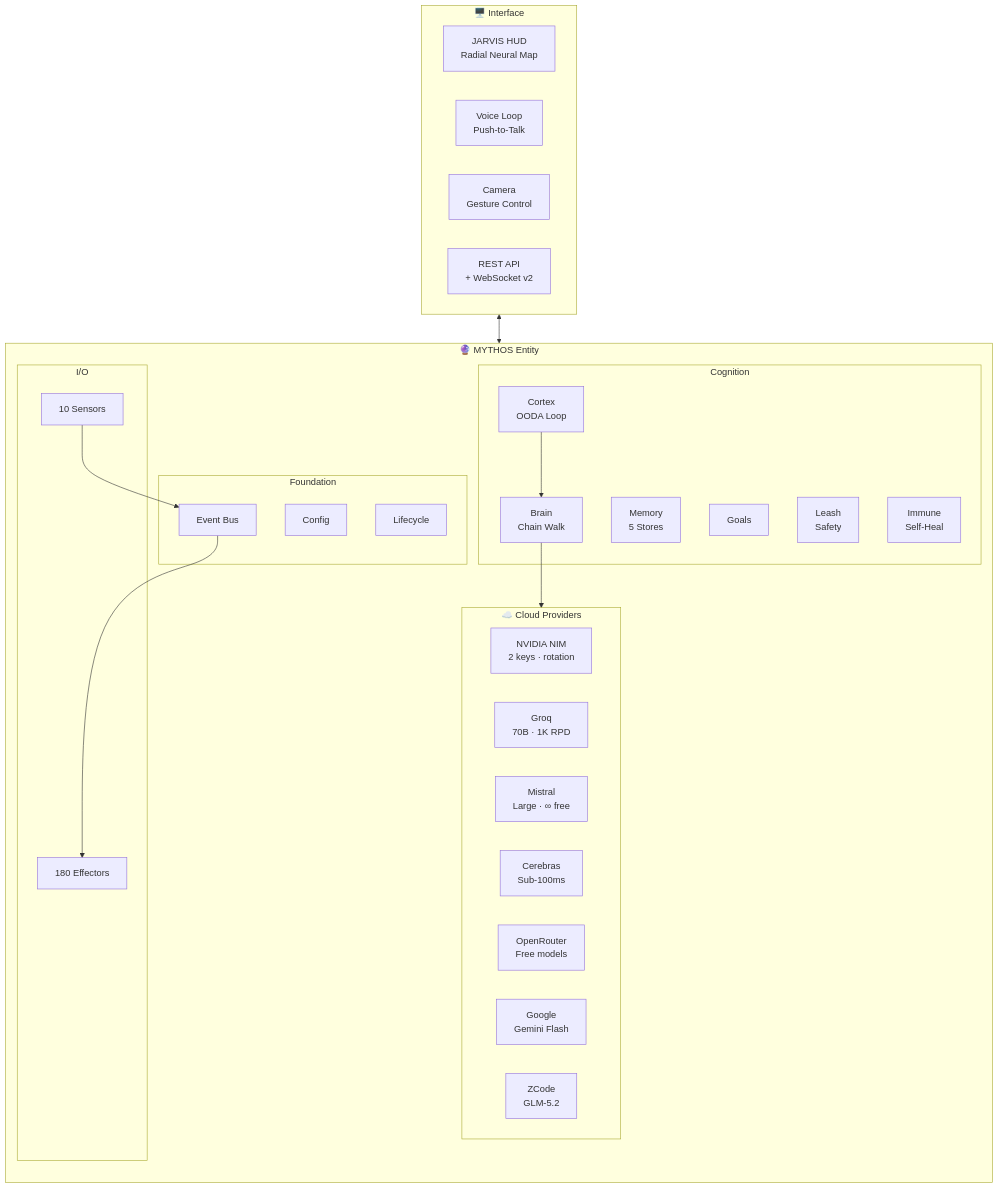
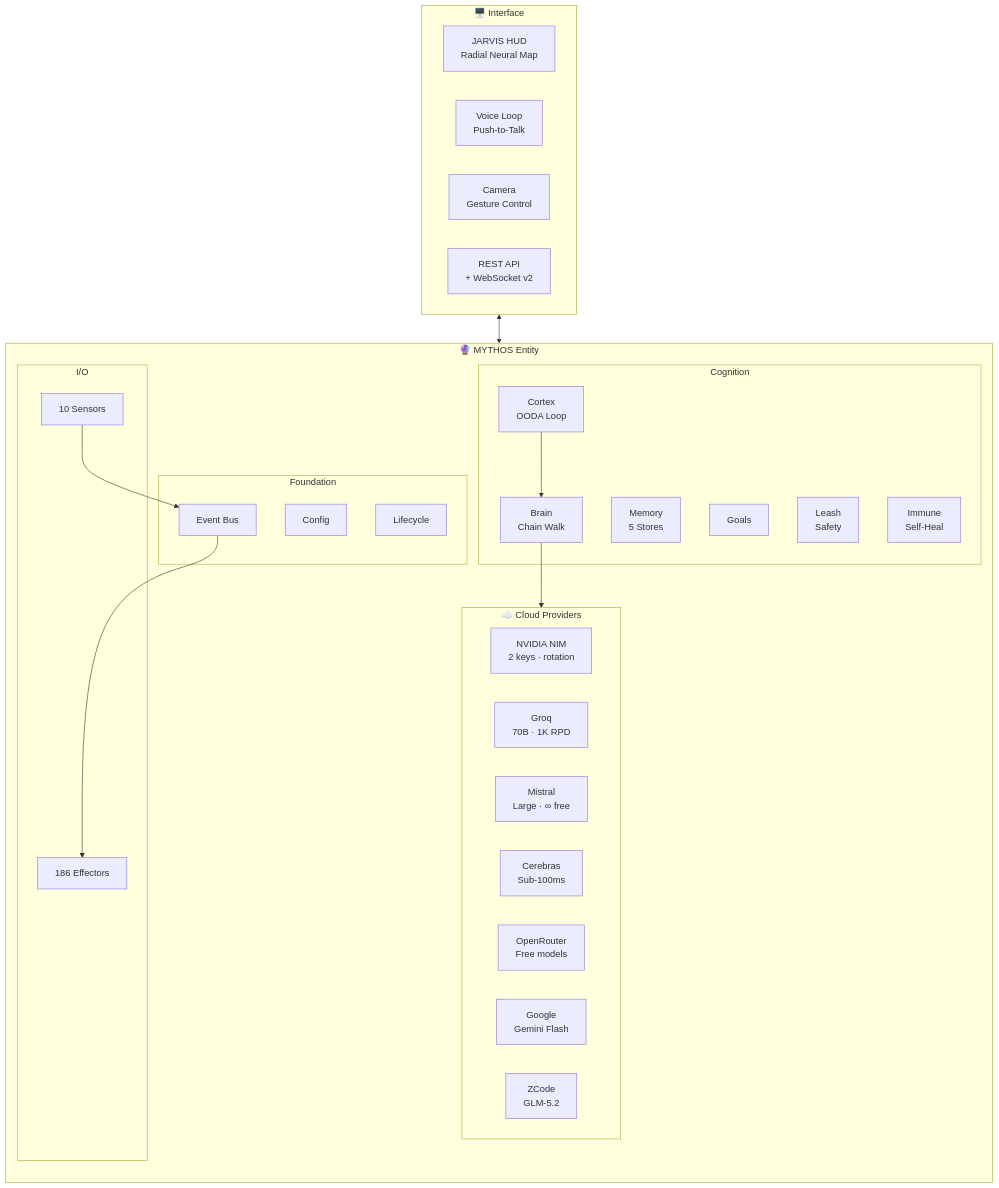
Before and after one commit to HailLucifer666/Agent_OS: the first of 11 diagrams in README.md, drawn with Mermaid. The commit also changed other lines of this file and 68 other files, not shown here.

````diff
--- a/README.md
+++ b/README.md
@@ -48,45 +48,45 @@
 ```mermaid
 flowchart TB
     subgraph Cloud["☁️ Cloud Providers"]
         direction LR
         NIM["NVIDIA NIM<br/>2 keys · rotation"]
         GQ["Groq<br/>70B · 1K RPD"]
         MI["Mistral<br/>Large · ∞ free"]
         CE["Cerebras<br/>Sub-100ms"]
         OR["OpenRouter<br/>Free models"]
         GOOG["Google<br/>Gemini Flash"]
         ZC["ZCode<br/>GLM-5.2"]
     end
 
     subgraph MYTHOS["🔮 MYTHOS Entity"]
         direction TB
         subgraph Foundation["Foundation"]
             CFG["Config"]
             BUS["Event Bus"]
             LIFE["Lifecycle"]
         end
         subgraph Cognition["Cognition"]
             CORT["Cortex<br/>OODA Loop"]
             BRN["Brain<br/>Chain Walk"]
             MEM["Memory<br/>5 Stores"]
             GOAL["Goals"]
             LEASH["Leash<br/>Safety"]
             IMM["Immune<br/>Self-Heal"]
         end
         subgraph IOLayer["I/O"]
             SENS["10 Sensors"]
-            EFF["180 Effectors"]
+            EFF["186 Effectors"]
         end
         CORT --> BRN --> Cloud
         SENS --> BUS --> EFF
     end
 
     subgraph Interface["🖥️ Interface"]
         HUD["JARVIS HUD<br/>Radial Neural Map"]
         VOICE["Voice Loop<br/>Push-to-Talk"]
         CAM["Camera<br/>Gesture Control"]
         API["REST API<br/>+ WebSocket v2"]
     end
 
     Interface <--> MYTHOS
 ```
````
